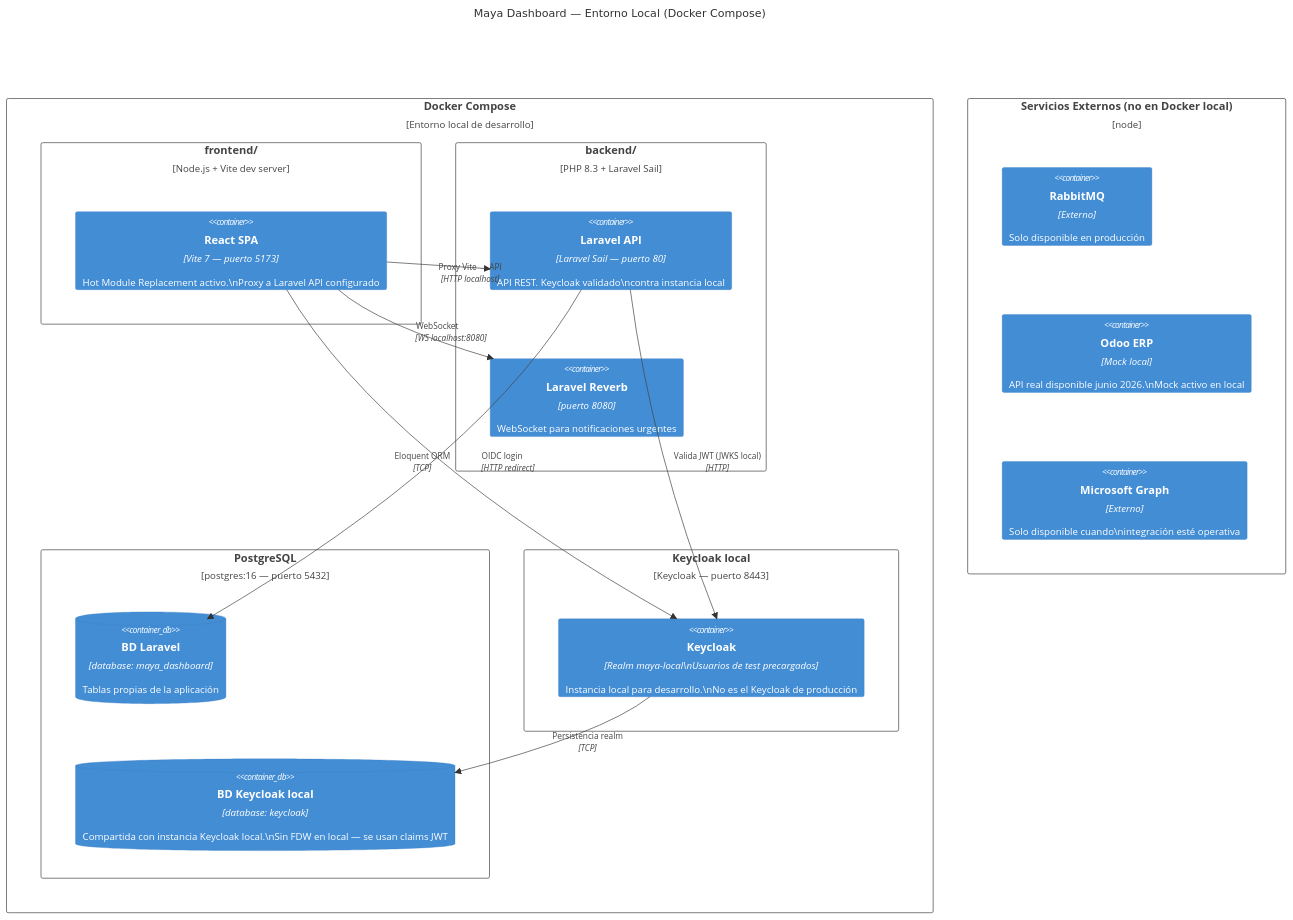
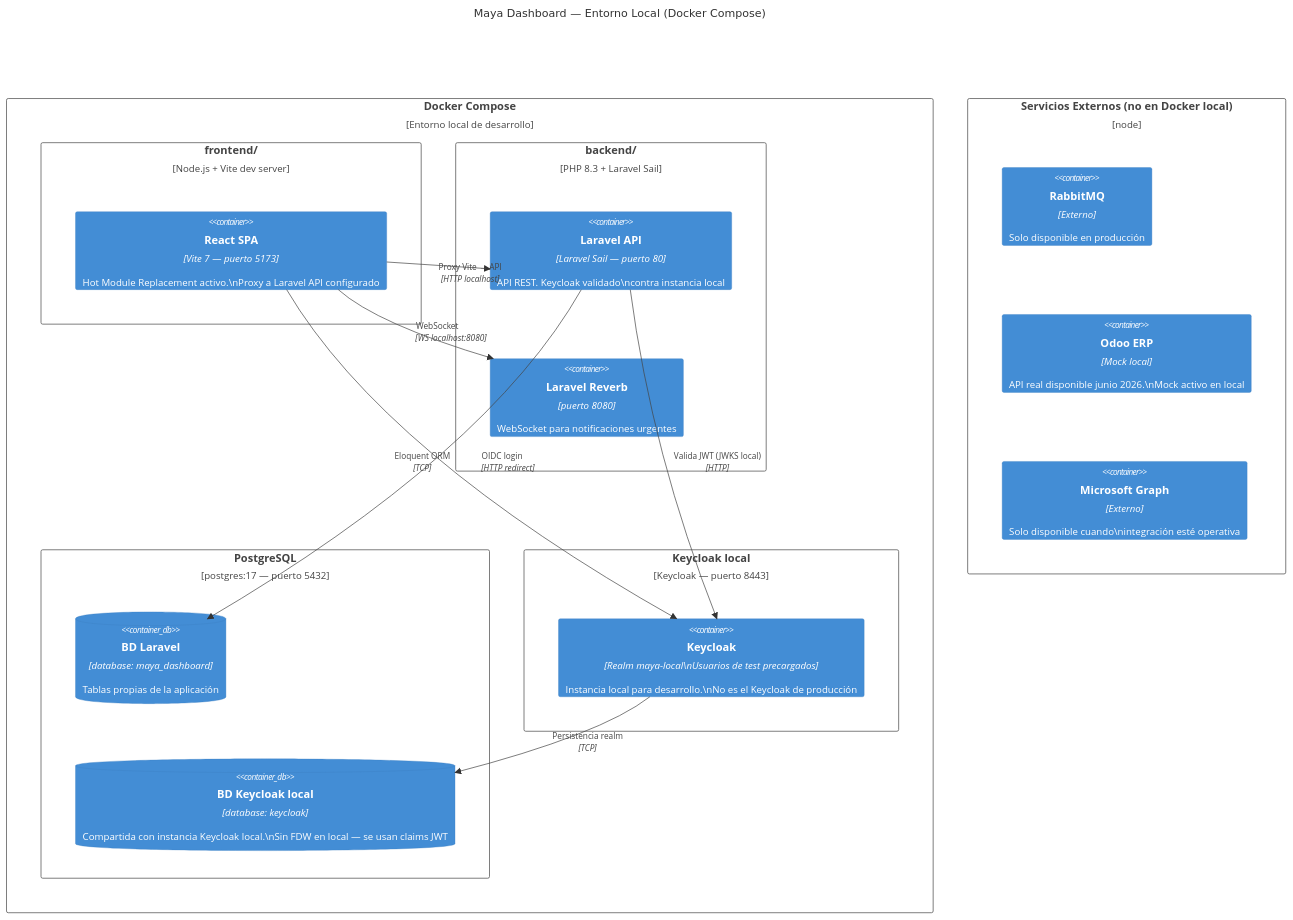
Diagram 11 of 11 in docs/src/3_c4_diagrams.md (Maya-AQSS/maya_dashboard), drawn with Mermaid before and after one commit. The commit also changed 6 other files, not shown here.

````diff
--- a/docs/src/3_c4_diagrams.md
+++ b/docs/src/3_c4_diagrams.md
@@ -483,38 +483,38 @@
 ```mermaid
 C4Deployment
   title Maya Dashboard — Entorno Local (Docker Compose)
 
   Deployment_Node(docker, "Docker Compose", "Entorno local de desarrollo") {
 
     Deployment_Node(frontend_node, "frontend/", "Node.js + Vite dev server") {
       Container(spa_local, "React SPA", "Vite 7 — puerto 5173", "Hot Module Replacement activo.\nProxy a Laravel API configurado")
     }
 
     Deployment_Node(backend_node, "backend/", "PHP 8.3 + Laravel Sail") {
       Container(api_local, "Laravel API", "Laravel Sail — puerto 80", "API REST. Keycloak validado\ncontra instancia local")
       Container(reverb_local, "Laravel Reverb", "puerto 8080", "WebSocket para notificaciones urgentes")
     }
 
-    Deployment_Node(db_node, "PostgreSQL", "postgres:16 — puerto 5432") {
+    Deployment_Node(db_node, "PostgreSQL", "postgres:17 — puerto 5432") {
       ContainerDb(db_laravel, "BD Laravel", "database: maya_dashboard", "Tablas propias de la aplicación")
       ContainerDb(db_keycloak, "BD Keycloak local", "database: keycloak", "Compartida con instancia Keycloak local.\nSin FDW en local — se usan claims JWT")
     }
 
     Deployment_Node(kc_node, "Keycloak local", "Keycloak — puerto 8443") {
       Container(kc_local, "Keycloak", "Realm maya-local\nUsuarios de test precargados", "Instancia local para desarrollo.\nNo es el Keycloak de producción")
     }
   }
 
   Deployment_Node(ext, "Servicios Externos (no en Docker local)") {
     Container(rabbitmq_ext, "RabbitMQ", "Externo", "Solo disponible en producción")
     Container(odoo_ext, "Odoo ERP", "Mock local", "API real disponible junio 2026.\nMock activo en local")
     Container(microsoft_ext, "Microsoft Graph", "Externo", "Solo disponible cuando\nintegración esté operativa")
   }
 
   Rel(spa_local, api_local, "Proxy Vite → API", "HTTP localhost")
   Rel(spa_local, reverb_local, "WebSocket", "WS localhost:8080")
   Rel(api_local, db_laravel, "Eloquent ORM", "TCP")
   Rel(kc_local, db_keycloak, "Persistencia realm", "TCP")
   Rel(spa_local, kc_local, "OIDC login", "HTTP redirect")
   Rel(api_local, kc_local, "Valida JWT (JWKS local)", "HTTP")
 ```
````
